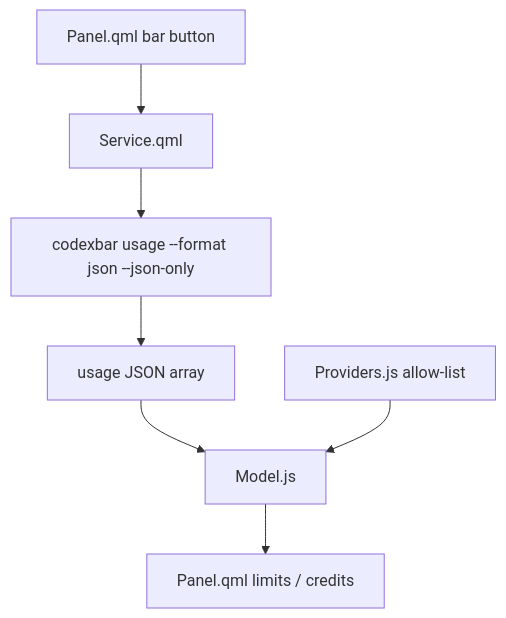
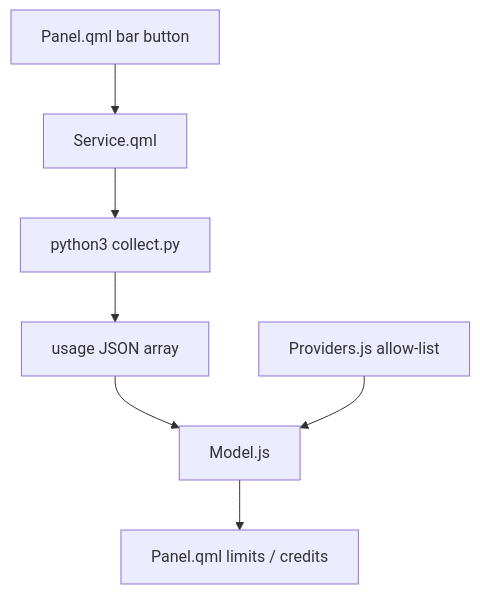
One commit to shuuul/omarchy-token-monitor changed the diagram in AGENTS.md. Above: the diagram before and after it, drawn with Mermaid. The commit also changed other lines of this file and 17 other files, not shown here.

````diff
--- a/AGENTS.md
+++ b/AGENTS.md
@@ -23,9 +23,9 @@
 ```mermaid
 flowchart TD
   Bar["Panel.qml bar button"] --> Service["Service.qml"]
-  Service --> CLI["codexbar usage --format json --json-only"]
+  Service --> CLI["python3 collect.py"]
   CLI --> Snapshot["usage JSON array"]
   Snapshot --> Model["Model.js"]
   Model --> Panel["Panel.qml limits / credits"]
   Providers["Providers.js allow-list"] --> Model
 ```
````
